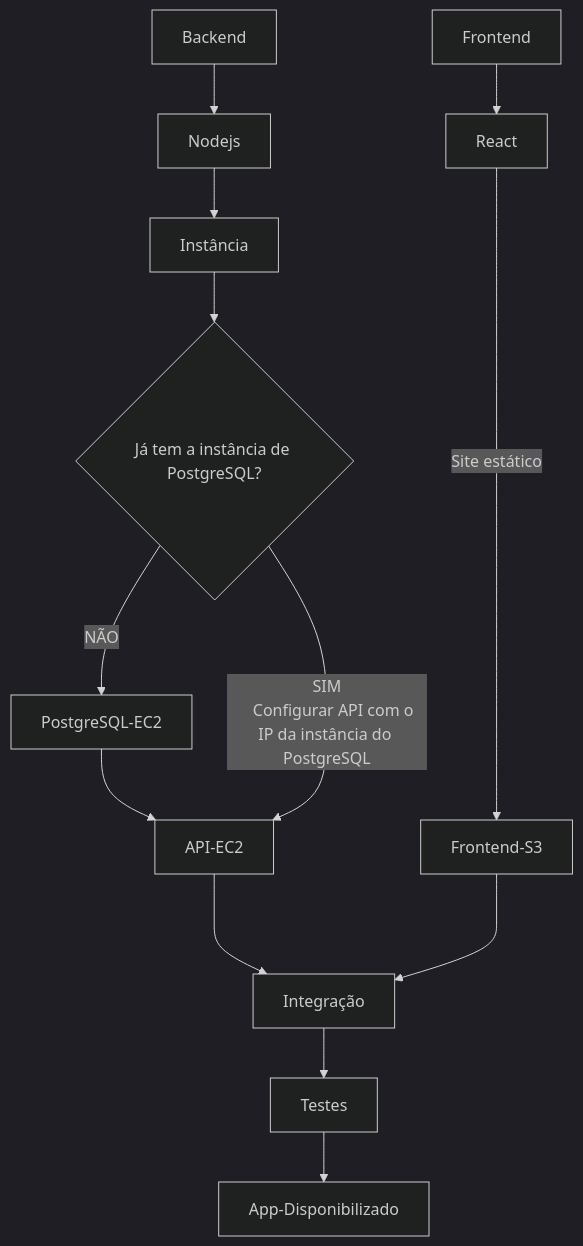
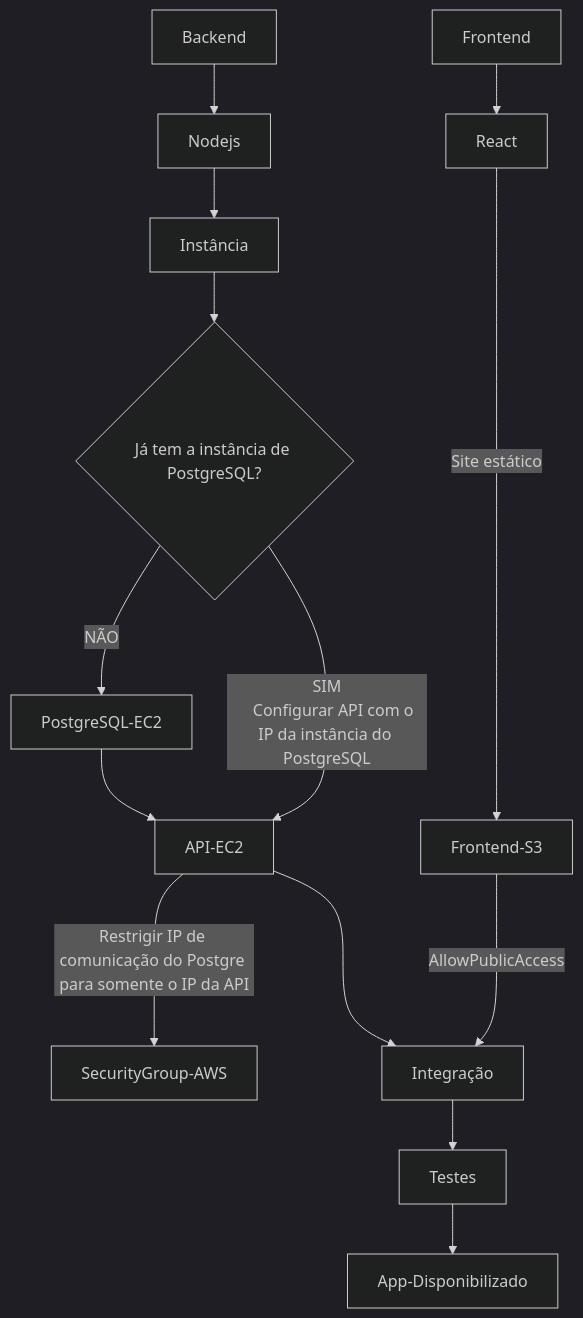
The diagram in README.md (g-Miyata/D03_AWS_FULLSTACK_NOV24), drawn with Mermaid (dark theme) before and after one commit. The commit also changed 18 other files, not shown here.

````diff
--- a/README.md
+++ b/README.md
@@ -65,16 +65,18 @@
 ```mermaid
 graph TD;
     Backend -->Nodejs;
     Nodejs -->Instância
     Instância-->A;
     A{Já tem a instância de PostgreSQL?}-->|NÃO|PostgreSQL-EC2
+    API-EC2--->|Restrigir IP de comunicação do Postgre para somente o IP da API|SecurityGroup-AWS;
     PostgreSQL-EC2-->API-EC2
     A{Já tem a instância de PostgreSQL?}-->|SIM
     Configurar API com o IP da instância do PostgreSQL |API-EC2;
     Frontend-->React;
     API-EC2--->Integração;
-    Frontend-S3--->Integração;
+    Frontend-S3--->|AllowPublicAccess|Integração;
     React----->|Site estático|Frontend-S3;
+
     Integração -->Testes
     Testes-->App-Disponibilizado;
 ```
````
